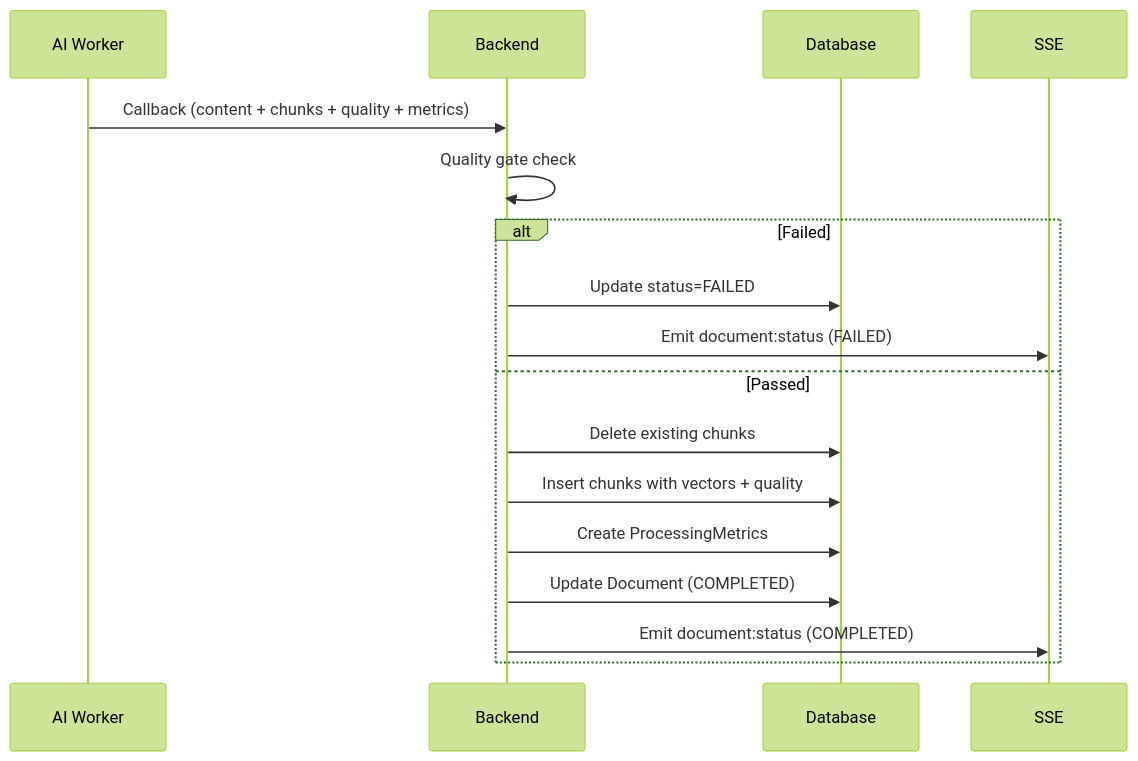
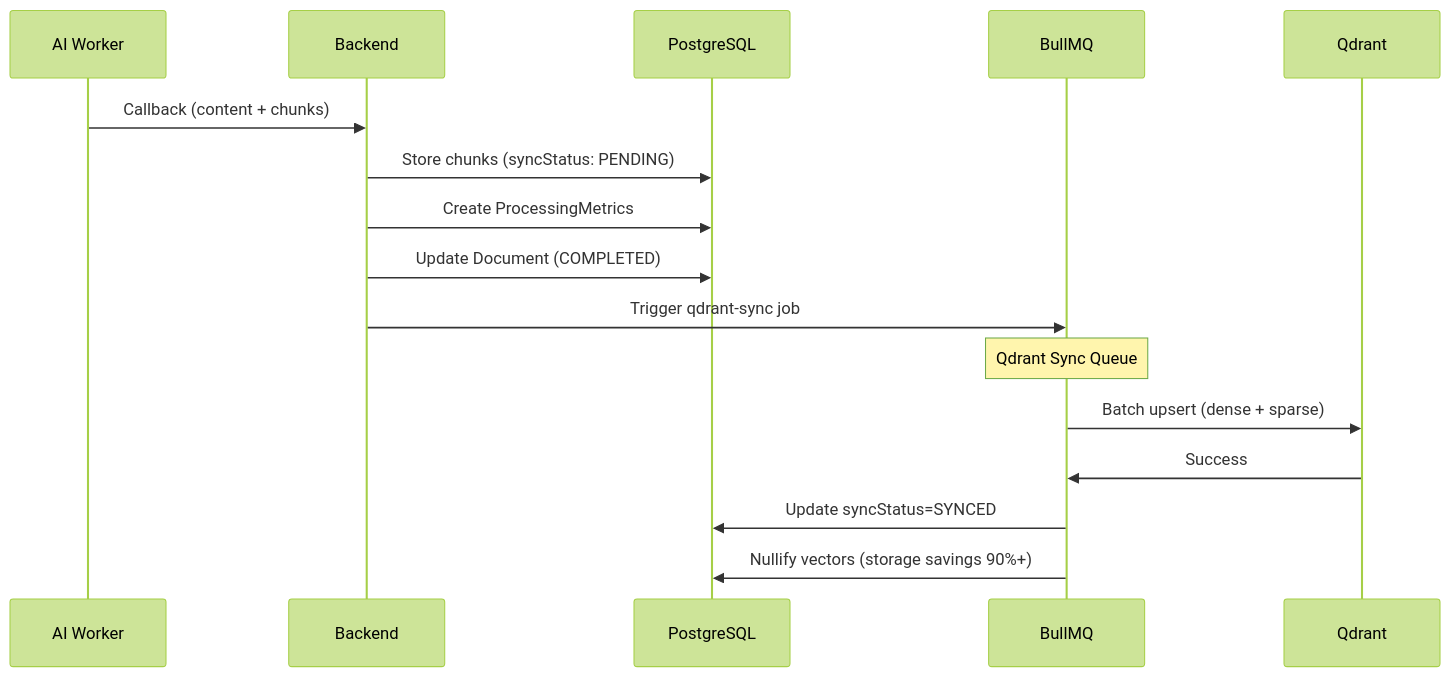
Before and after one commit to namtroi/RAGBase: the fifth of 5 diagrams in docs/data-flow.md, drawn with Mermaid (forest theme). The commit also changed other lines of this file and 6 other files, not shown here.

````diff
--- a/docs/data-flow.md
+++ b/docs/data-flow.md
@@ -217,15 +175,14 @@
 ```mermaid
 sequenceDiagram
-    AI Worker->>Backend: Callback (content + chunks + quality + metrics)
-    Backend->>Backend: Quality gate check
-    alt Failed
-        Backend->>Database: Update status=FAILED
-        Backend->>SSE: Emit document:status (FAILED)
-    else Passed
-        Backend->>Database: Delete existing chunks
-        Backend->>Database: Insert chunks with vectors + quality
-        Backend->>Database: Create ProcessingMetrics
-        Backend->>Database: Update Document (COMPLETED)
-        Backend->>SSE: Emit document:status (COMPLETED)
-    end
+    AI Worker->>Backend: Callback (content + chunks)
+    Backend->>PostgreSQL: Store chunks (syncStatus: PENDING)
+    Backend->>PostgreSQL: Create ProcessingMetrics
+    Backend->>PostgreSQL: Update Document (COMPLETED)
+    Backend->>BullMQ: Trigger qdrant-sync job
+    
+    Note over BullMQ: Qdrant Sync Queue
+    BullMQ->>Qdrant: Batch upsert (dense + sparse)
+    Qdrant->>BullMQ: Success
+    BullMQ->>PostgreSQL: Update syncStatus=SYNCED
+    BullMQ->>PostgreSQL: Nullify vectors (storage savings 90%+)
 ```
````
